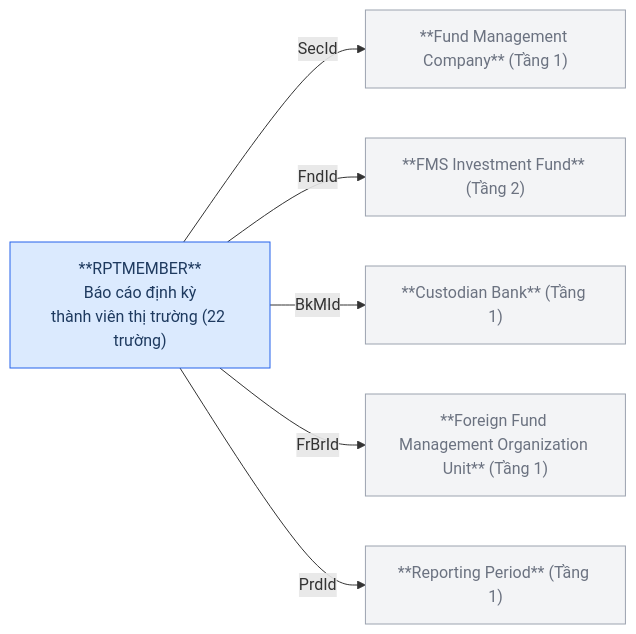
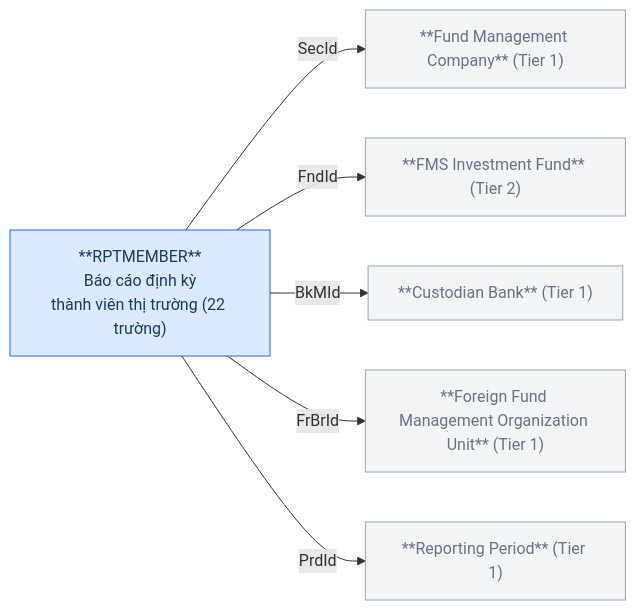
Before and after one commit to linhlvit/ubck_atomic_design: the seventh of 12 diagrams in Silver/hld/FMS_HLD_Tier3.md, drawn with Mermaid. The commit also changed other lines of this file and 111 other files, not shown here.

````diff
--- a/Silver/hld/FMS_HLD_Tier3.md
+++ b/Silver/hld/FMS_HLD_Tier3.md
@@ -187,18 +181,18 @@
 ```mermaid
 graph LR
     classDef src fill:#dbeafe,stroke:#2563eb,color:#1e3a5f
     classDef ref fill:#f3f4f6,stroke:#9ca3af,color:#6b7280
 
-    SECURITIES["**Fund Management Company** (Tầng 1)"]:::ref
-    FUNDS["**FMS Investment Fund** (Tầng 2)"]:::ref
-    BANKMONI["**Custodian Bank** (Tầng 1)"]:::ref
-    FORBRCH["**Foreign Fund Management Organization Unit** (Tầng 1)"]:::ref
-    RPTPERIOD["**Reporting Period** (Tầng 1)"]:::ref
+    SECURITIES["**Fund Management Company** (Tier 1)"]:::ref
+    FUNDS["**FMS Investment Fund** (Tier 2)"]:::ref
+    BANKMONI["**Custodian Bank** (Tier 1)"]:::ref
+    FORBRCH["**Foreign Fund Management Organization Unit** (Tier 1)"]:::ref
+    RPTPERIOD["**Reporting Period** (Tier 1)"]:::ref
     RPTMEMBER["**RPTMEMBER**\nBáo cáo định kỳ\nthành viên thị trường (22 trường)"]:::src
 
     RPTMEMBER -->|SecId| SECURITIES
     RPTMEMBER -->|FndId| FUNDS
     RPTMEMBER -->|BkMId| BANKMONI
     RPTMEMBER -->|FrBrId| FORBRCH
     RPTMEMBER -->|PrdId| RPTPERIOD
 ```
````
